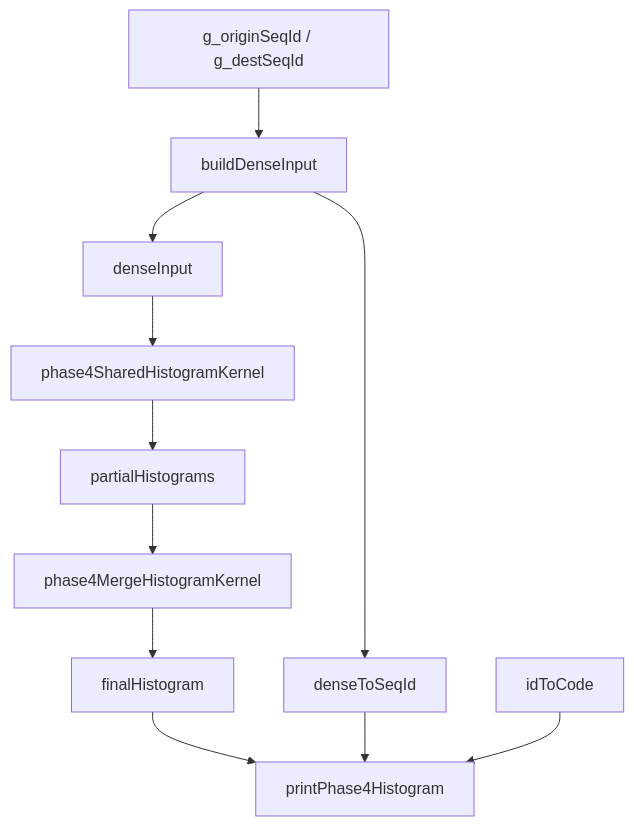
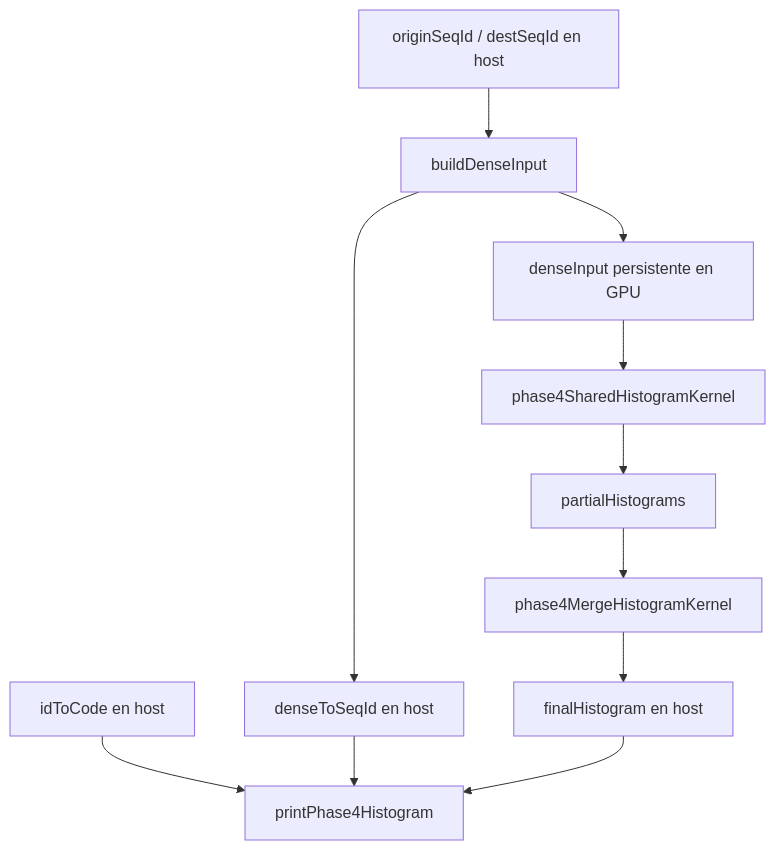
Before and after one commit to aferamb/pap_air: diagram 27 of 30 in DOCUMENTACION_COMPLETA_PAP_AIR.md, drawn with Mermaid. The commit also changed other lines of this file and 1 other file, not shown here.

Commit message:
Update documentation to reflect current code structure and clarify phase 04 functionality, including detailed descriptions of device variables and histogram processing.

````diff
--- a/DOCUMENTACION_COMPLETA_PAP_AIR.md
+++ b/DOCUMENTACION_COMPLETA_PAP_AIR.md
@@ -1536,13 +1884,13 @@
 ```mermaid
 flowchart TD
-    A[g_originSeqId / g_destSeqId] --> B[buildDenseInput]
-    B --> C[denseInput]
-    B --> D[denseToSeqId]
-    C --> E[phase4SharedHistogramKernel]
-    E --> F[partialHistograms]
-    F --> G[phase4MergeHistogramKernel]
-    G --> H[finalHistogram]
-    H --> I[printPhase4Histogram]
-    D --> I
-    J[idToCode] --> I
+    A[originSeqId / destSeqId en host] --> B[buildDenseInput]
+    B --> C[denseInput persistente en GPU]
+    B --> D[denseToSeqId en host]
+    E[idToCode en host] --> J[printPhase4Histogram]
+    C --> F[phase4SharedHistogramKernel]
+    F --> G[partialHistograms]
+    G --> H[phase4MergeHistogramKernel]
+    H --> I[finalHistogram en host]
+    D --> J
+    I --> J
 ```
````
